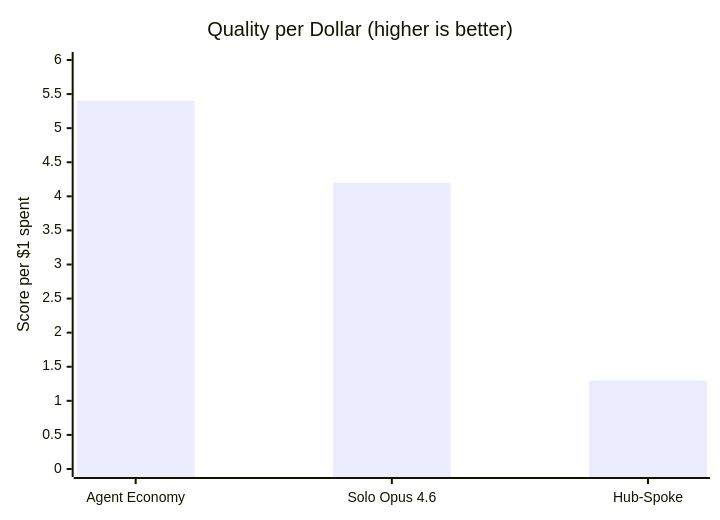
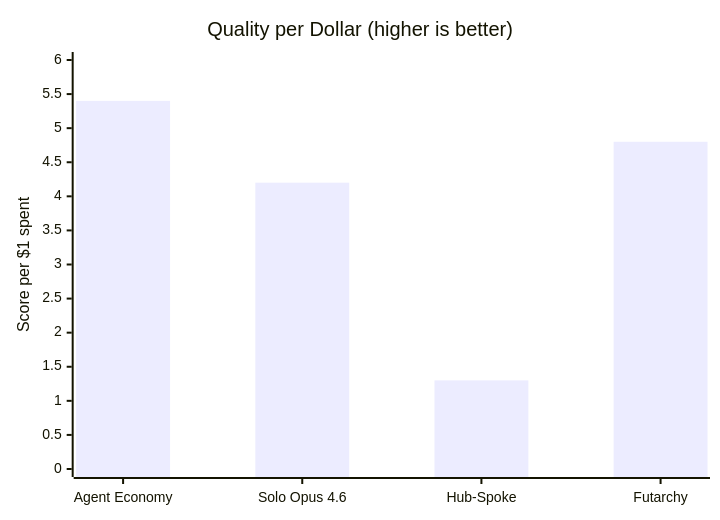
One commit to vivien98/hub-vs-spoke changed the first of 5 diagrams in README.md. Above: the diagram before and after it, drawn with Mermaid. The commit also changed other lines of this file and 4 other files, not shown here.

````diff
--- a/README.md
+++ b/README.md
@@ -16,7 +16,7 @@
 ```mermaid
 xychart-beta
     title "Quality per Dollar (higher is better)"
-    x-axis ["Agent Economy", "Solo Opus 4.6", "Hub-Spoke"]
+    x-axis ["Agent Economy", "Solo Opus 4.6", "Hub-Spoke", "Futarchy"]
     y-axis "Score per $1 spent" 0 --> 6
-    bar [5.4, 4.2, 1.3]
+    bar [5.4, 4.2, 1.3, 4.8]
 ```
````
